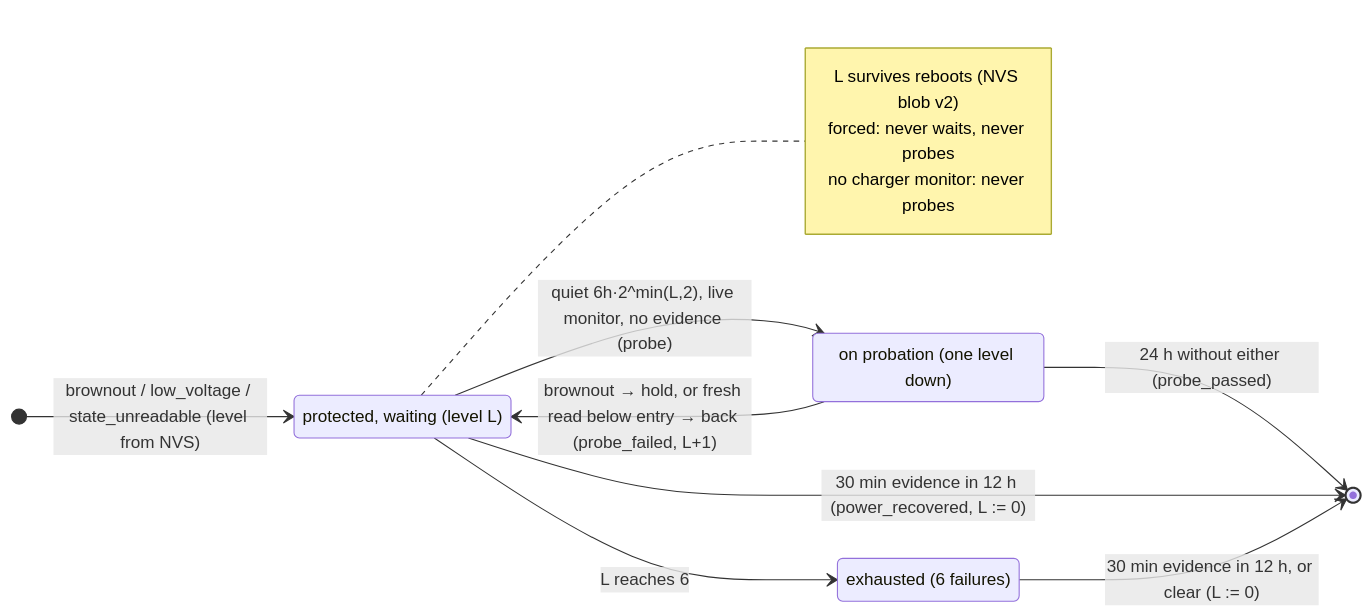
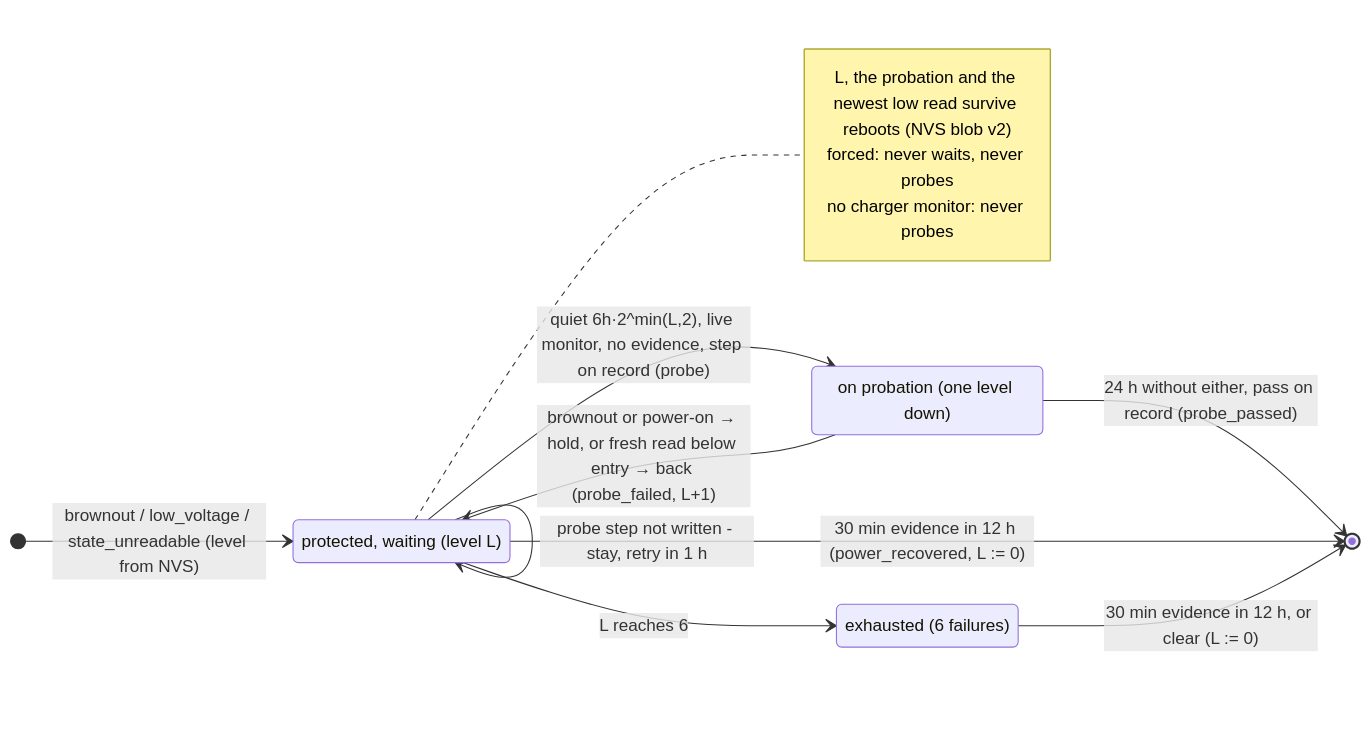
Before and after one commit to Jan-IngenHousz-Institute/ambyte-iot: the third of 7 diagrams in docs/power-protect.md, drawn with Mermaid. The commit also changed other lines of this file and 11 other files, not shown here.

First line of the commit message:
fix(power-protect): commit relaxations first and keep the low-read veto durable

````diff
--- a/docs/power-protect.md
+++ b/docs/power-protect.md
@@ -242,19 +252,20 @@
 ```mermaid
 stateDiagram-v2
     direction LR
     state "protected, waiting (level L)" as W
     state "on probation (one level down)" as P
     state "exhausted (6 failures)" as X
     [*] --> W: brownout / low_voltage / state_unreadable (level from NVS)
-    W --> P: quiet 6h·2^min(L,2), live monitor, no evidence (probe)
-    P --> W: brownout → hold, or fresh read below entry → back (probe_failed, L+1)
-    P --> [*]: 24 h without either (probe_passed)
+    W --> P: quiet 6h·2^min(L,2), live monitor, no evidence, step on record (probe)
+    W --> W: probe step not written - stay, retry in 1 h
+    P --> W: brownout or power-on → hold, or fresh read below entry → back (probe_failed, L+1)
+    P --> [*]: 24 h without either, pass on record (probe_passed)
     W --> X: L reaches 6
     W --> [*]: 30 min evidence in 12 h (power_recovered, L := 0)
     X --> [*]: 30 min evidence in 12 h, or clear (L := 0)
     note right of W
-        L survives reboots (NVS blob v2)
+        L, the probation and the newest low read survive reboots (NVS blob v2)
         forced: never waits, never probes
         no charger monitor: never probes
     end note
 ```
````
